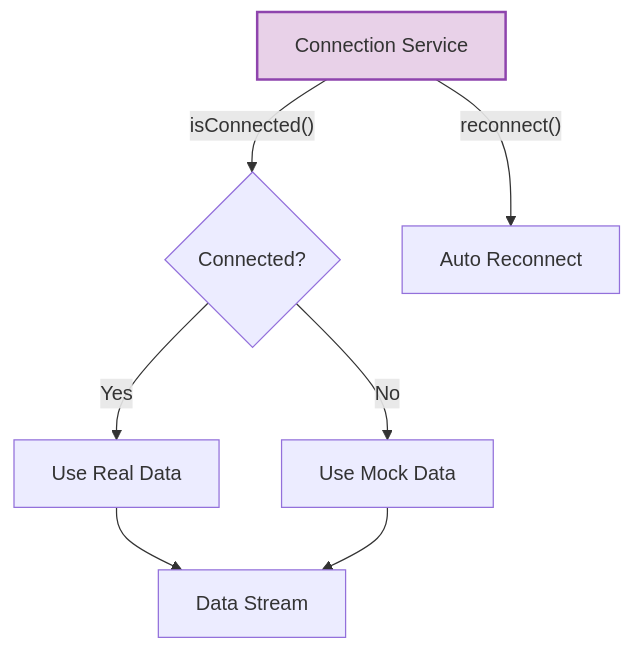
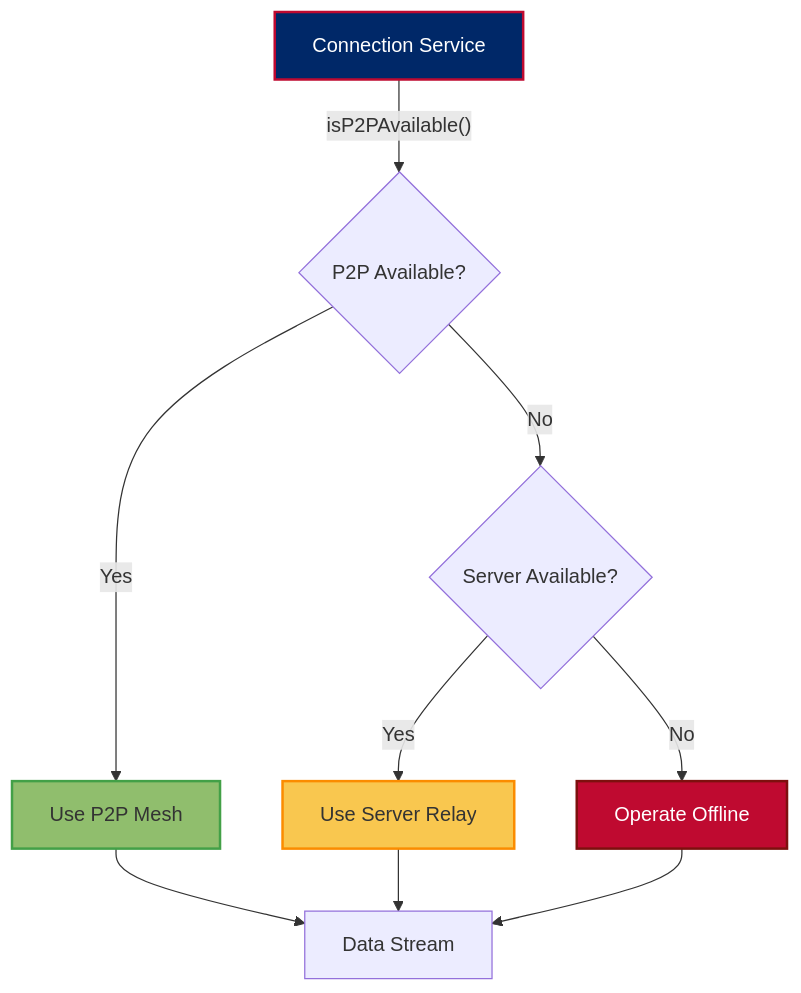
Before and after one commit to JeffreySanford/forge-board: the fourth of 7 diagrams in forgeboard-frontend/src/assets/documentation/CODING-STANDARDS.md, drawn with Mermaid. The commit also changed other lines of this file and 62 other files, not shown here.

````diff
--- a/forgeboard-frontend/src/assets/documentation/CODING-STANDARDS.md
+++ b/forgeboard-frontend/src/assets/documentation/CODING-STANDARDS.md
@@ -61,11 +83,16 @@
 ```mermaid
 flowchart TD
-  Connection[Connection Service]:::service --> |"isConnected()"| Check{Connected?}
-  Check -->|Yes| Real[Use Real Data]
-  Check -->|No| Mock[Use Mock Data]
-  Real --> Stream[Data Stream]
-  Mock --> Stream
-  Connection --> |"reconnect()"| Reconnect[Auto Reconnect]
+  Connection[Connection Service]:::service --> |"isP2PAvailable()"| P2PCheck{P2P Available?}
+  P2PCheck -->|Yes| P2PConnect[Use P2P Mesh]:::primary
+  P2PCheck -->|No| ServerCheck{Server Available?}
+  ServerCheck -->|Yes| ServerConnect[Use Server Relay]:::secondary
+  ServerCheck -->|No| Offline[Operate Offline]:::offline
+  P2PConnect --> Stream[Data Stream]
+  ServerConnect --> Stream
+  Offline --> Stream
   
-  classDef service fill:#E8D1E8,stroke:#8E44AD,stroke-width:2px;
+  classDef service fill:#002868,stroke:#BF0A30,stroke-width:2px,color:#FFFFFF;
+  classDef primary fill:#90BE6D,stroke:#43A047,stroke-width:2px;
+  classDef secondary fill:#F9C74F,stroke:#FB8C00,stroke-width:2px;
+  classDef offline fill:#BF0A30,stroke:#7D100E,stroke-width:2px,color:#FFFFFF;
 ```
````
